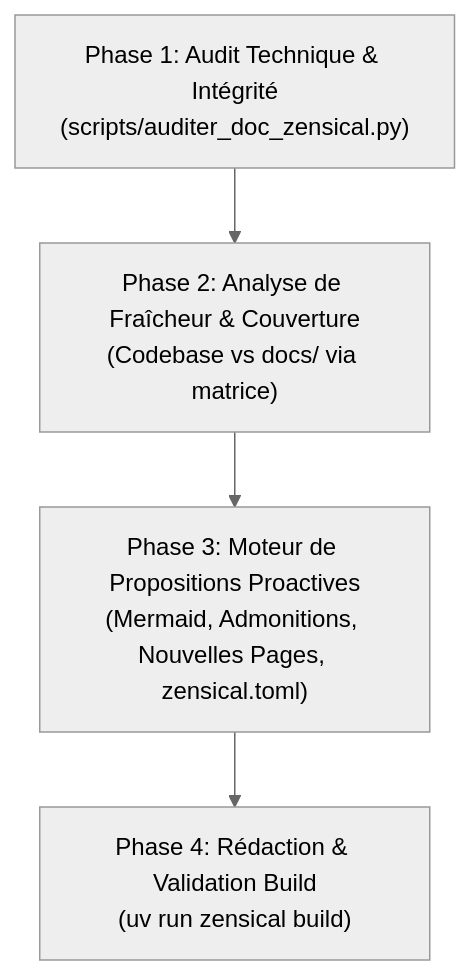
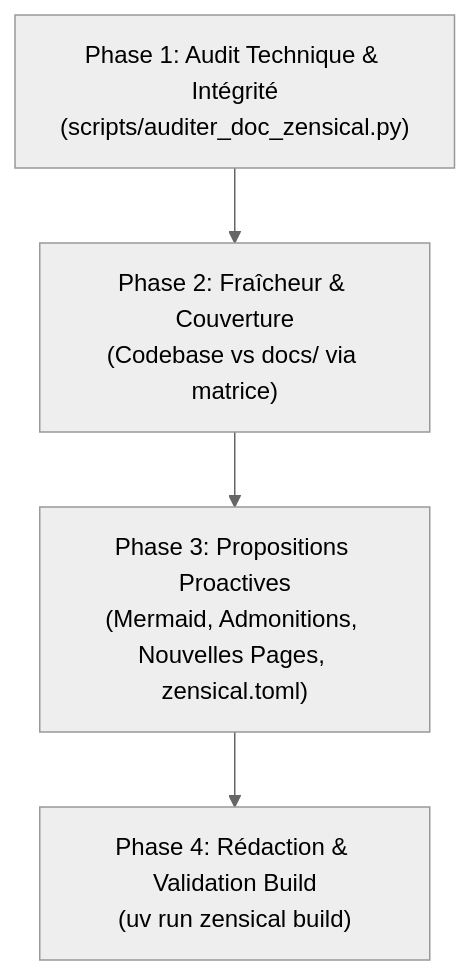
The diagram in .agents/skills/documentation-zensical/SKILL.md (Skyl9/AnkiForge), drawn with Mermaid (neutral theme) before and after one commit. The commit also changed other lines of this file and 11 other files, not shown here.

````diff
--- a/.agents/skills/documentation-zensical/SKILL.md
+++ b/.agents/skills/documentation-zensical/SKILL.md
@@ -27,6 +29,6 @@
 ```mermaid
 flowchart TD
-    A["Phase 1: Audit Technique & Intégrité<br/>(scripts/auditer_doc_zensical.py)"] --> B["Phase 2: Analyse de Fraîcheur & Couverture<br/>(Codebase vs docs/ via matrice)"]
-    B --> C["Phase 3: Moteur de Propositions Proactives<br/>(Mermaid, Admonitions, Nouvelles Pages, zensical.toml)"]
+    A["Phase 1: Audit Technique & Intégrité<br/>(scripts/auditer_doc_zensical.py)"] --> B["Phase 2: Fraîcheur & Couverture<br/>(Codebase vs docs/ via matrice)"]
+    B --> C["Phase 3: Propositions Proactives<br/>(Mermaid, Admonitions, Nouvelles Pages, zensical.toml)"]
     C --> D["Phase 4: Rédaction & Validation Build<br/>(uv run zensical build)"]
 ```
````
